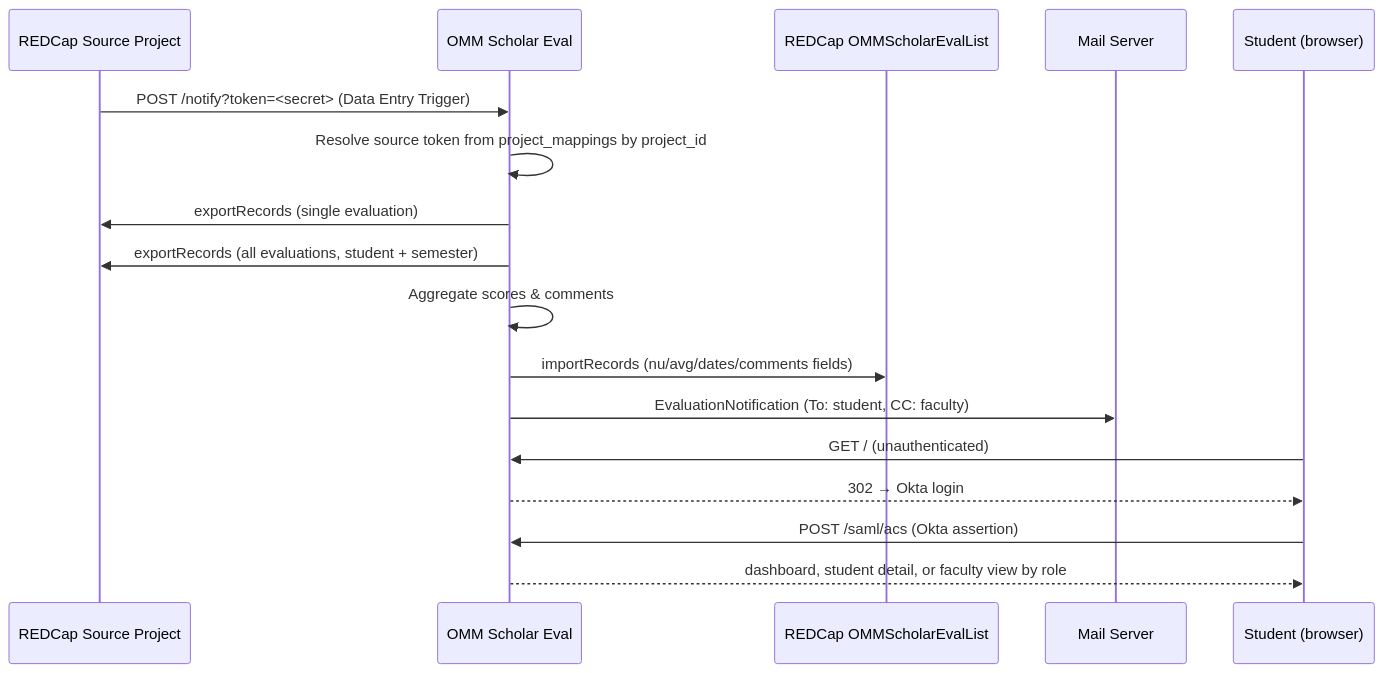
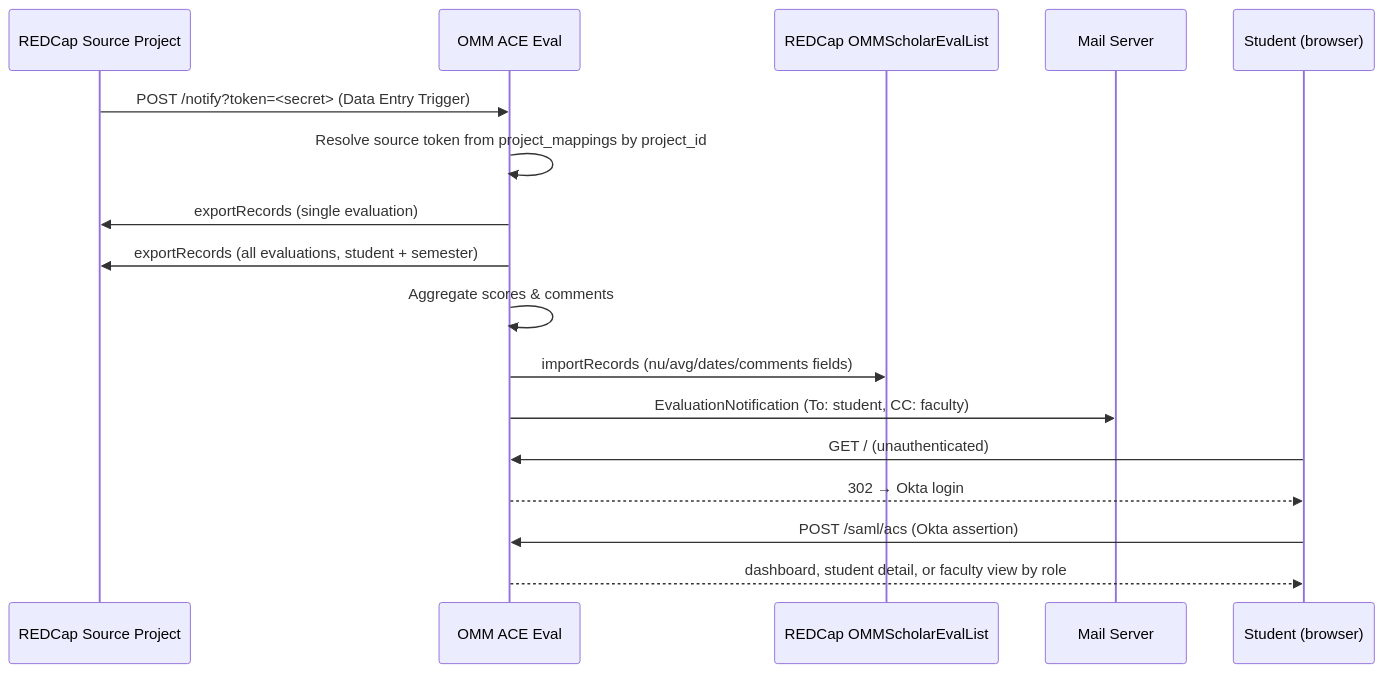
Before and after one commit to com-atg/OMM-SE: the diagram in README.md, drawn with Mermaid. The commit also changed other lines of this file and 38 other files, not shown here.

````diff
--- a/README.md
+++ b/README.md
@@ -9,21 +9,21 @@
 ```mermaid
 sequenceDiagram
     participant RC as REDCap Source Project
-    participant App as OMM Scholar Eval
+    participant App as OMM ACE Eval
     participant Dest as REDCap OMMScholarEvalList
     participant Mail as Mail Server
     participant Student as Student (browser)
 
     RC->>App: POST /notify?token=<secret> (Data Entry Trigger)
     App->>App: Resolve source token from project_mappings by project_id
     App->>RC: exportRecords (single evaluation)
     App->>RC: exportRecords (all evaluations, student + semester)
     App->>App: Aggregate scores & comments
     App->>Dest: importRecords (nu/avg/dates/comments fields)
     App->>Mail: EvaluationNotification (To: student, CC: faculty)
 
     Student->>App: GET / (unauthenticated)
     App-->>Student: 302 → Okta login
     Student->>App: POST /saml/acs (Okta assertion)
     App-->>Student: dashboard, student detail, or faculty view by role
 ```
````
